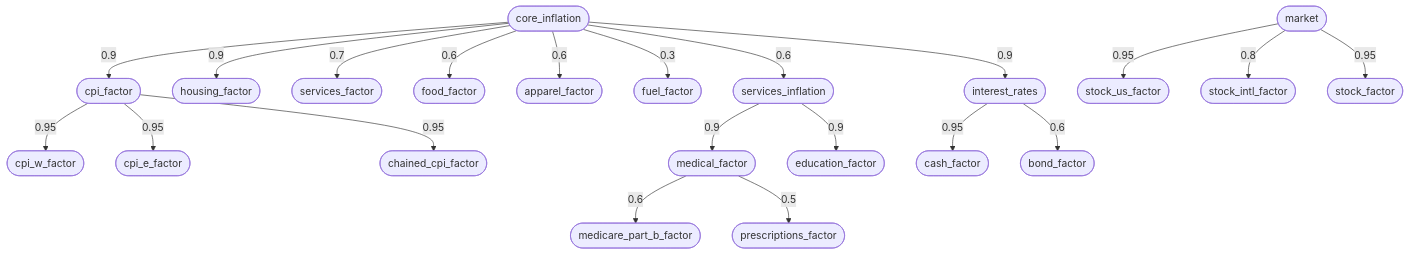
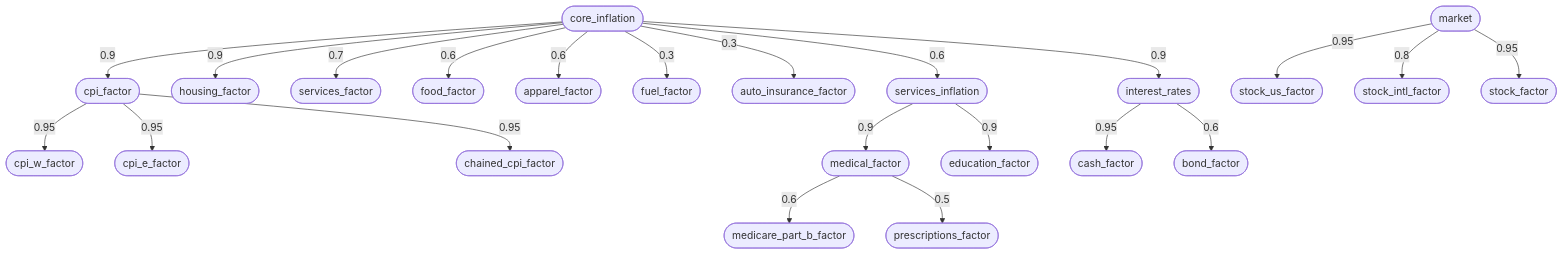
One commit to BobKerns/analysis changed the second of 2 diagrams in docs/guides/historical-calibration.md. Above: the diagram before and after it, drawn with Mermaid. The commit also changed other lines of this file and 4 other files, not shown here.

First line of the commit message:
Add an auto_insurance series to the inflation templates (#282)

````diff
--- a/docs/guides/historical-calibration.md
+++ b/docs/guides/historical-calibration.md
@@ -611,23 +612,24 @@
 ```mermaid
 flowchart TB
     core(["core_inflation"]) -->|0.9| cpi(["cpi_factor"])
     cpi -->|0.95| cpi_w(["cpi_w_factor"])
     cpi -->|0.95| cpi_e(["cpi_e_factor"])
     cpi -->|0.95| chained(["chained_cpi_factor"])
     core -->|0.9| housing(["housing_factor"])
     core -->|0.7| services_all(["services_factor"])
     core -->|0.6| food(["food_factor"])
     core -->|0.6| apparel(["apparel_factor"])
     core -->|0.3| fuel(["fuel_factor"])
+    core -->|0.3| auto_ins(["auto_insurance_factor"])
     core -->|0.6| services(["services_inflation"])
     services -->|0.9| medical(["medical_factor"])
     services -->|0.9| education(["education_factor"])
     medical -->|0.6| part_b(["medicare_part_b_factor"])
     medical -->|0.5| rx(["prescriptions_factor"])
     core -->|0.9| rates(["interest_rates"])
     rates -->|0.95| cash(["cash_factor"])
     rates -->|0.6| bond(["bond_factor"])
     market(["market"]) -->|0.95| stock_us(["stock_us_factor"])
     market -->|0.8| stock_intl(["stock_intl_factor"])
     market -->|0.95| stock(["stock_factor"])
 ```
````
